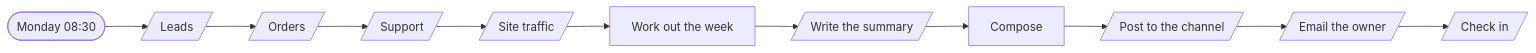
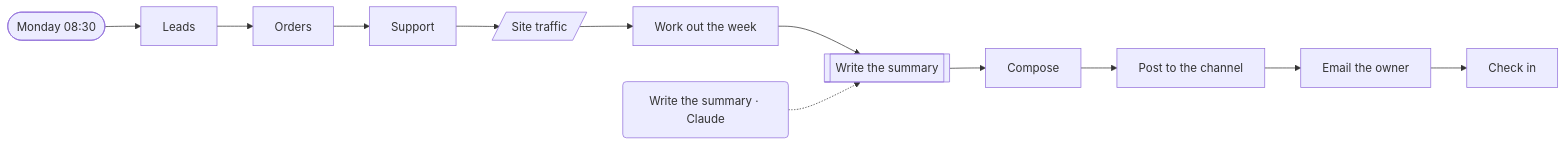
Before and after one commit to kimjoshuadr/n8n-workflows: the first of 2 diagrams in systems/ops-digest/README.md, drawn with Mermaid. The commit also changed other lines of this file and 184 other files, not shown here.

Commit message:
Finish the move to named platforms: blocks, BambooHR, generated README, schema and platform marks

````diff
--- a/systems/ops-digest/README.md
+++ b/systems/ops-digest/README.md
@@ -23,24 +21,26 @@
 ```mermaid
 flowchart LR
   n1pl2ppi(["Monday 08:30"])
-  n4iy9xs[/"Leads"/]
-  n1ywqmrw[/"Orders"/]
-  n1kjyeo8[/"Support"/]
+  n4iy9xs["Leads"]
+  n1ywqmrw["Orders"]
+  n1kjyeo8["Support"]
   nrusp7[/"Site traffic"/]
   n1caa1x9["Work out the week"]
-  niart9r[/"Write the summary"/]
+  niart9r[["Write the summary"]]
+  n10i4h20("Write the summary · Claude")
   nvx0wwb["Compose"]
-  n16picrs[/"Post to the channel"/]
-  n1u167cp[/"Email the owner"/]
-  nuc14dg[/"Check in"/]
+  n16picrs["Post to the channel"]
+  n1u167cp["Email the owner"]
+  nuc14dg["Check in"]
   n1pl2ppi --> n4iy9xs
   n4iy9xs --> n1ywqmrw
   n1ywqmrw --> n1kjyeo8
   n1kjyeo8 --> nrusp7
   nrusp7 --> n1caa1x9
   n1caa1x9 --> niart9r
   niart9r --> nvx0wwb
   nvx0wwb --> n16picrs
   n16picrs --> n1u167cp
   n1u167cp --> nuc14dg
+  n10i4h20 -.-> niart9r
 ```
````
